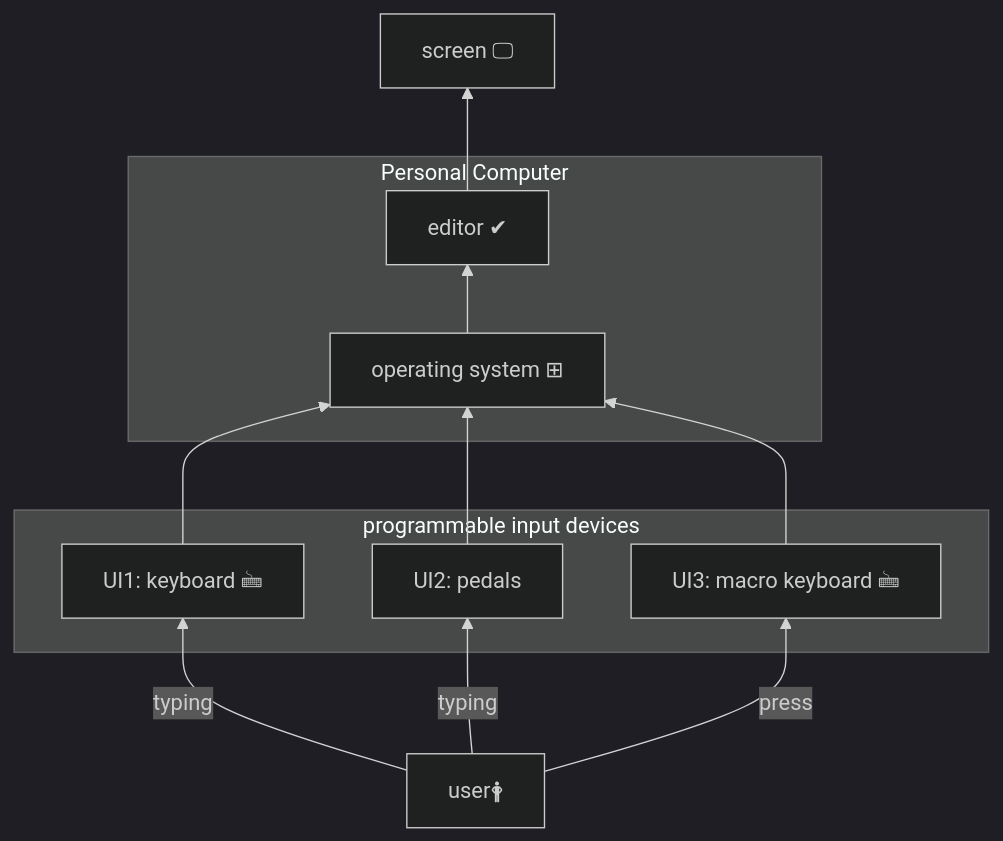
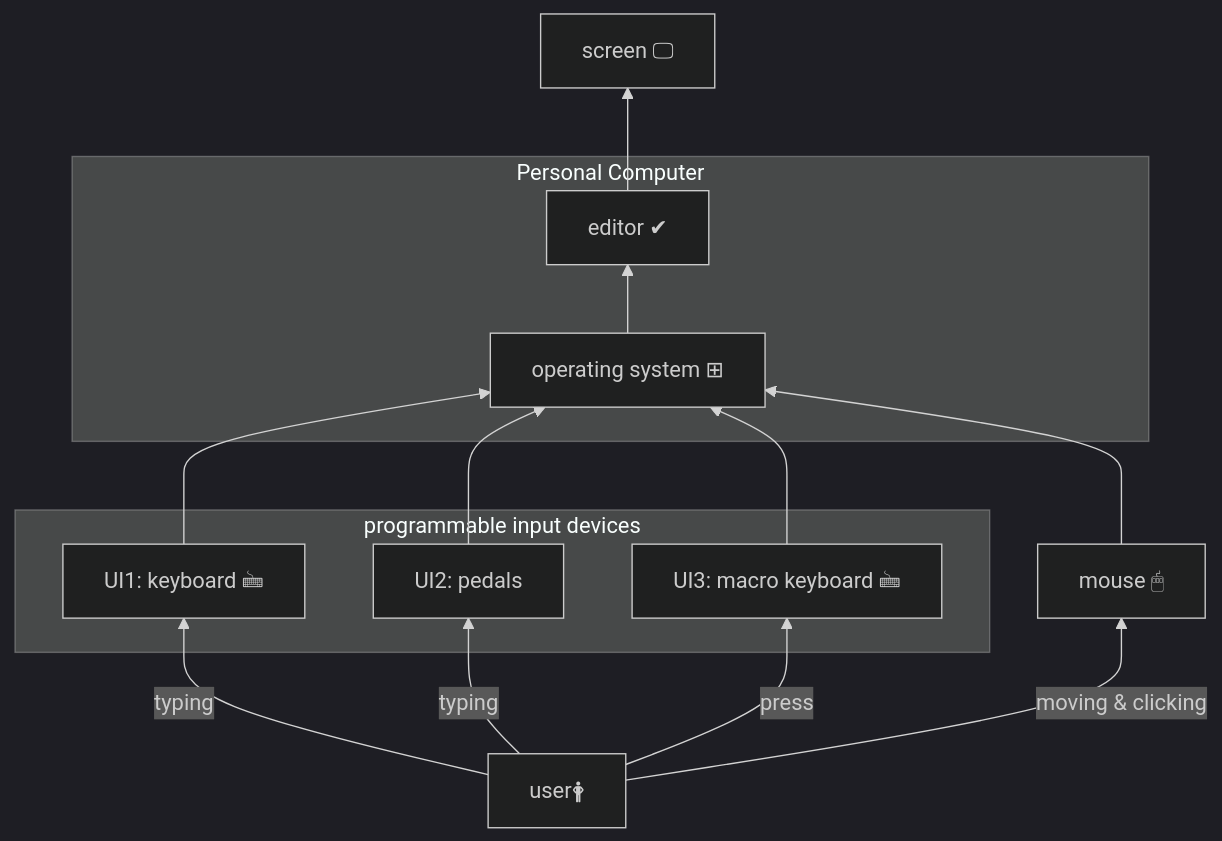
One commit to mslonik/mslonik changed the third of 4 diagrams in BlockDiagrams_GitHub.md. Above: the diagram before and after it, drawn with Mermaid (dark theme). The commit also changed other lines of this file and 1 other file, not shown here.

````diff
--- a/BlockDiagrams_GitHub.md
+++ b/BlockDiagrams_GitHub.md
@@ -89,32 +126,34 @@
 ```mermaid
 %% hybrid approach 1
 flowchart BT
 	user["user🛉"]
 	keyboard["UI1: keyboard 🖮"]
+	mouse["mouse 🖱"]
 	pedals["UI2: pedals"]
-    MacroKeyboard["UI3: macro keyboard 🖮"] 
+	MacroKeyboard["UI3: macro keyboard 🖮"] 
 	screen["screen 🖵"] 
 	OperatingSystem["operating system ⊞"]
 	editor["editor ✔"]
 
-    user	-->	 |typing| keyboard
-    user	-->	 |typing| pedals
-    user    -->  |press| MacroKeyboard
+	user	-->	|typing| keyboard
+	user	-->	|moving & clicking| mouse
+	user	-->	|typing| pedals
+	user -->	|press| MacroKeyboard
     
-    subgraph "programmable input devices"
-        keyboard
-        pedals
-        MacroKeyboard
-    end
+	subgraph programmable input devices
+		keyboard
+		pedals
+		MacroKeyboard
+	end
 
-    subgraph "Personal Computer"
-        
-        OperatingSystem		--> 	editor
-    end
+	subgraph "Personal Computer"
+		OperatingSystem		--> 	editor
+	end
 
-        keyboard			--> 	OperatingSystem
-        pedals 				--> 	OperatingSystem
-        MacroKeyboard       -->     OperatingSystem
+     keyboard		--> 	OperatingSystem
+     pedals 		--> 	OperatingSystem
+     MacroKeyboard  -->	OperatingSystem
+	mouse		-->	OperatingSystem
 
-    editor	--> screen
+	editor		-->	screen
 ```
````
